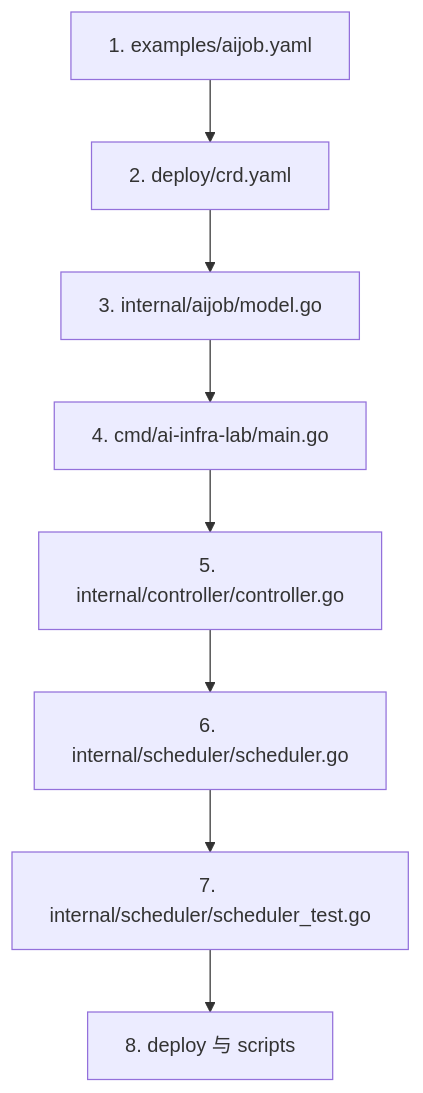
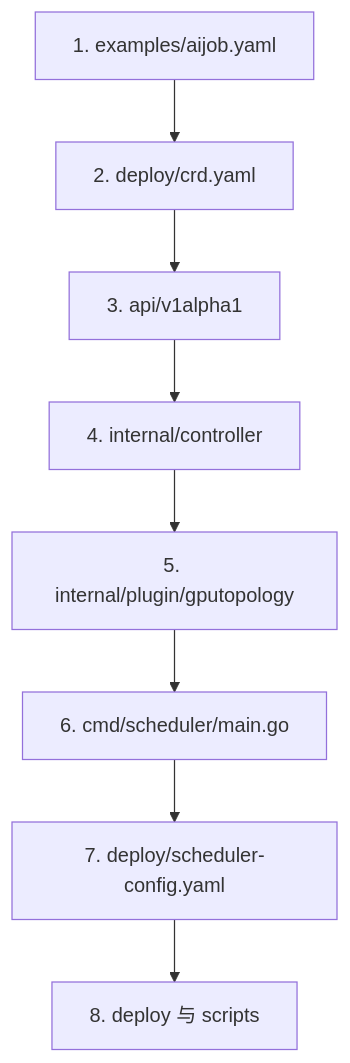
One commit to tihaya-anon/ai-infra changed the third of 3 diagrams in docs/tutorial.md. Above: the diagram before and after it, drawn with Mermaid. The commit also changed other lines of this file and 27 other files, not shown here.

````diff
--- a/docs/tutorial.md
+++ b/docs/tutorial.md
@@ -78,10 +96,19 @@
 ```mermaid
 flowchart TD
-    Example[1. examples/aijob.yaml] --> CRD[2. deploy/crd.yaml]
-    CRD --> Model[3. internal/aijob/model.go]
-    Model --> Main[4. cmd/ai-infra-lab/main.go]
-    Main --> Controller[5. internal/controller/controller.go]
-    Controller --> Scheduler[6. internal/scheduler/scheduler.go]
-    Scheduler --> Tests[7. internal/scheduler/scheduler_test.go]
-    Tests --> Deploy[8. deploy 与 scripts]
+    Example[1. examples/aijob.yaml]
+    CRD[2. deploy/crd.yaml]
+    Types[3. api/v1alpha1]
+    Controller[4. internal/controller]
+    Plugin[5. internal/plugin/gputopology]
+    Register[6. cmd/scheduler/main.go]
+    Config[7. deploy/scheduler-config.yaml]
+    Runtime[8. deploy 与 scripts]
+
+    Example --> CRD
+    CRD --> Types
+    Types --> Controller
+    Controller --> Plugin
+    Plugin --> Register
+    Register --> Config
+    Config --> Runtime
 ```
````
